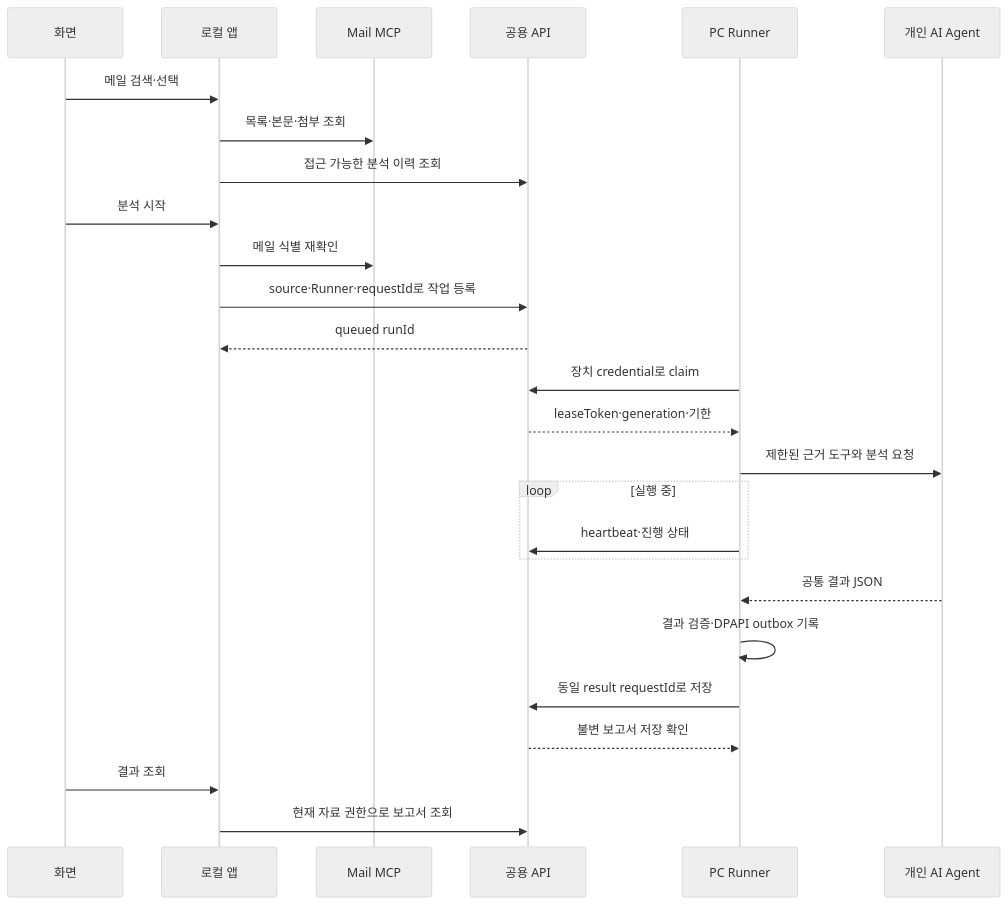
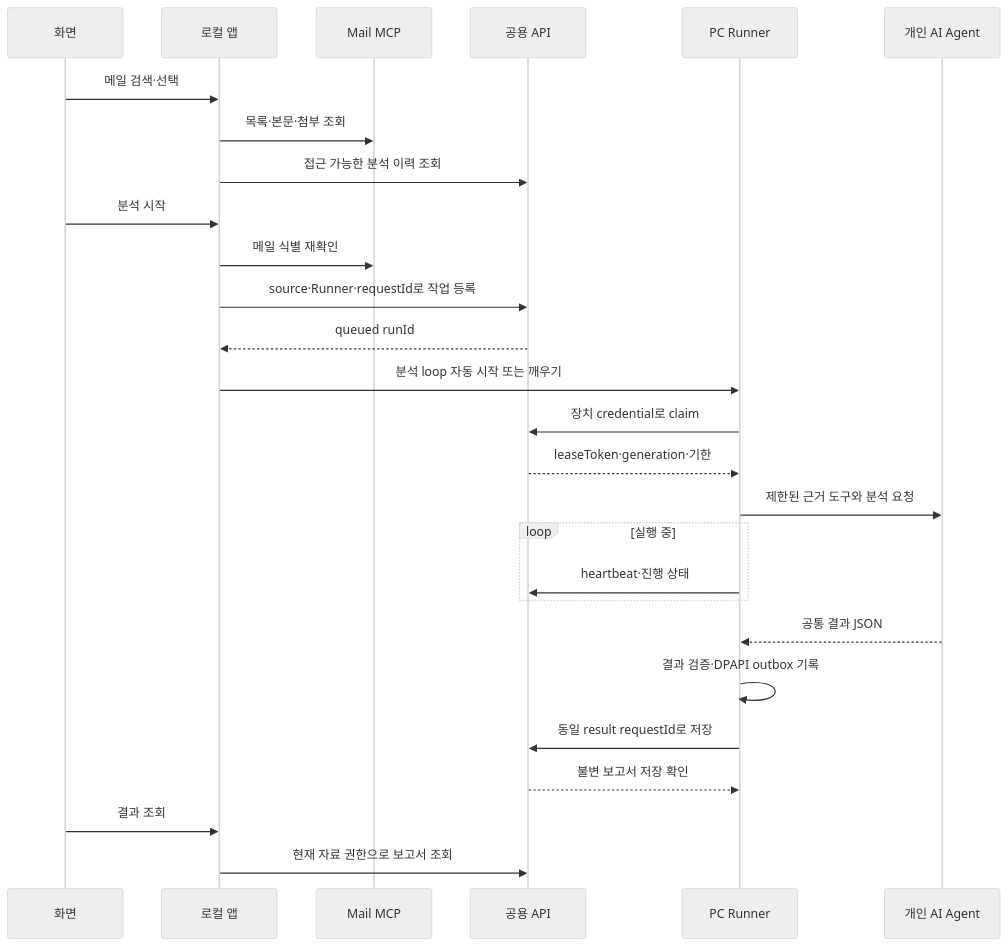
Before and after one commit to srp-david/mail-triage-automation: the second of 3 diagrams in docs/workflows.md, drawn with Mermaid (neutral theme). The commit also changed other lines of this file and 12 other files, not shown here.

````diff
--- a/docs/workflows.md
+++ b/docs/workflows.md
@@ -45,28 +45,29 @@
 ```mermaid
 sequenceDiagram
   participant UI as 화면
   participant Local as 로컬 앱
   participant Mail as Mail MCP
   participant API as 공용 API
   participant Runner as PC Runner
   participant Agent as 개인 AI Agent
   UI->>Local: 메일 검색·선택
   Local->>Mail: 목록·본문·첨부 조회
   Local->>API: 접근 가능한 분석 이력 조회
   UI->>Local: 분석 시작
   Local->>Mail: 메일 식별 재확인
   Local->>API: source·Runner·requestId로 작업 등록
   API-->>Local: queued runId
+  Local->>Runner: 분석 loop 자동 시작 또는 깨우기
   Runner->>API: 장치 credential로 claim
   API-->>Runner: leaseToken·generation·기한
   Runner->>Agent: 제한된 근거 도구와 분석 요청
   loop 실행 중
     Runner->>API: heartbeat·진행 상태
   end
   Agent-->>Runner: 공통 결과 JSON
   Runner->>Runner: 결과 검증·DPAPI outbox 기록
   Runner->>API: 동일 result requestId로 저장
   API-->>Runner: 불변 보고서 저장 확인
   UI->>Local: 결과 조회
   Local->>API: 현재 자료 권한으로 보고서 조회
 ```
````
